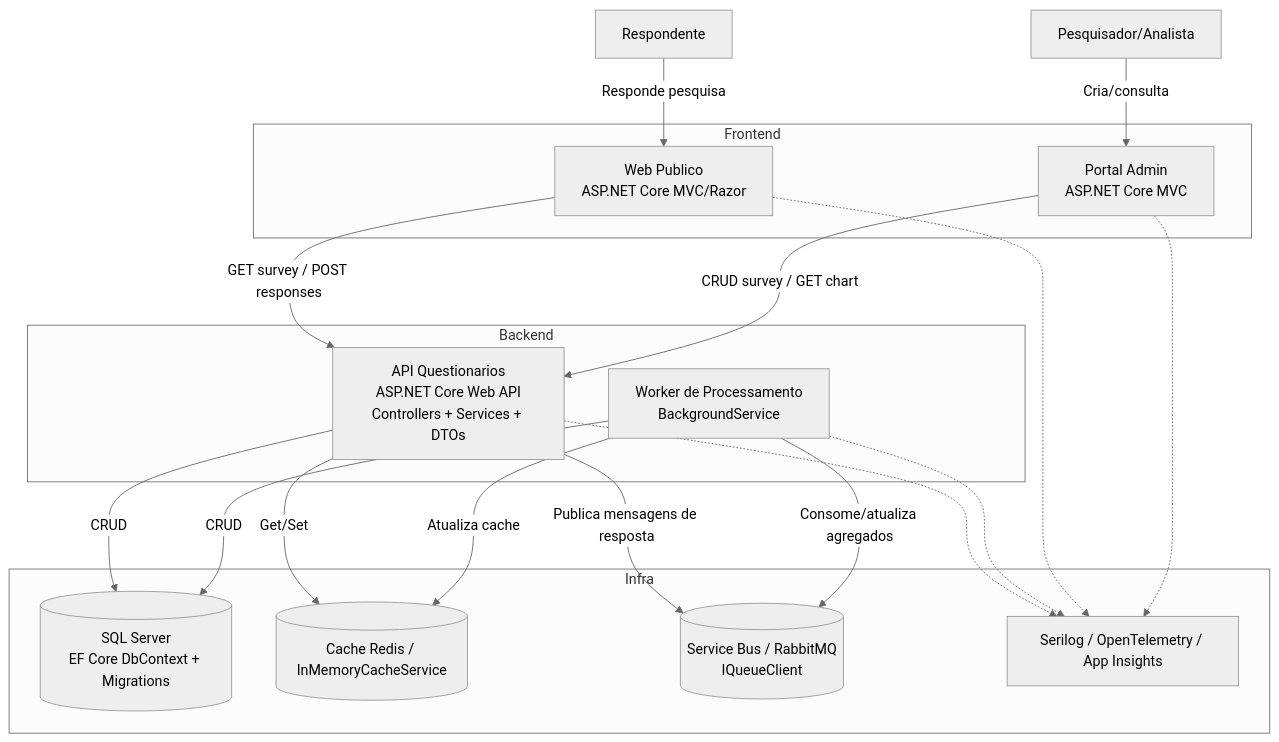
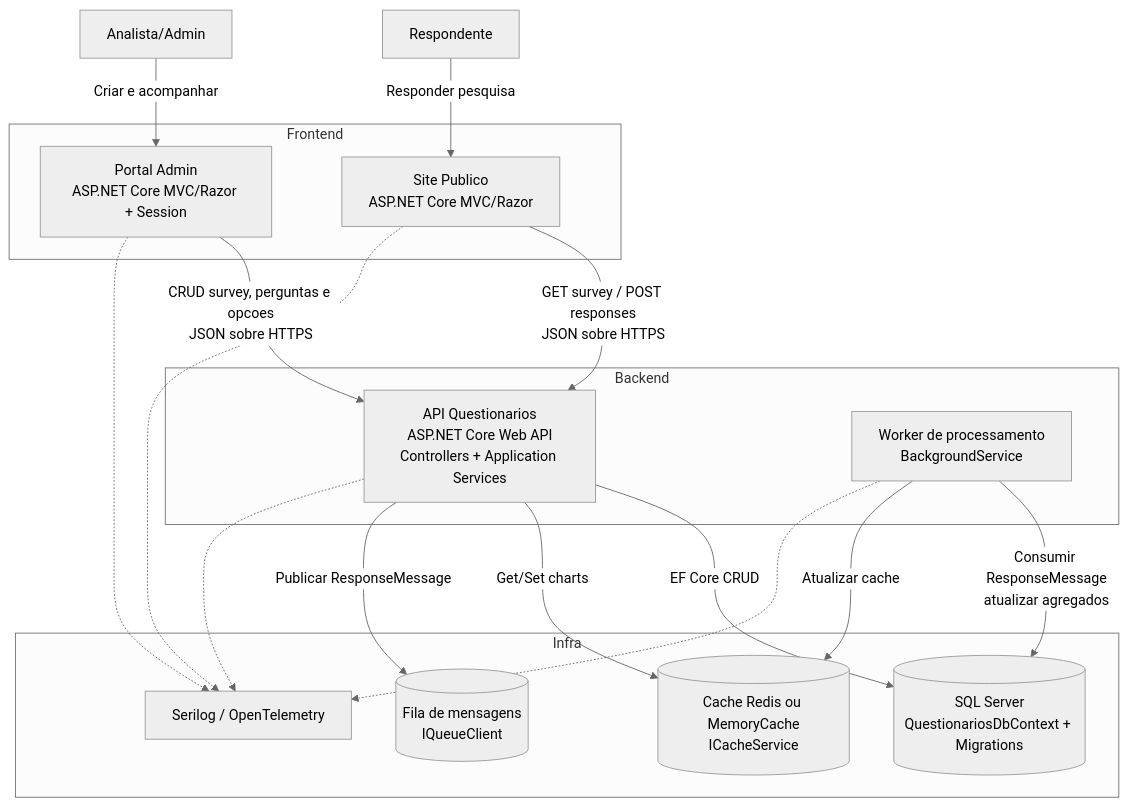
One commit to cleversantoro/QuestionariosOnline changed the second of 6 diagrams in doc/c4.md. Above: the diagram before and after it, drawn with Mermaid (neutral theme). The commit also changed other lines of this file and 11 other files, not shown here.

````diff
--- a/doc/c4.md
+++ b/doc/c4.md
@@ -36,37 +43,37 @@
 ```mermaid
 flowchart TB
     subgraph Frontend
-      web[Web Publico\nASP.NET Core MVC/Razor]
-      admin[Portal Admin\nASP.NET Core MVC]
+      publicSite[Site Publico\nASP.NET Core MVC/Razor]
+      adminPortal[Portal Admin\nASP.NET Core MVC/Razor + Session]
     end
 
     subgraph Backend
-      api[API Questionarios\nASP.NET Core Web API\nControllers + Services + DTOs]
-      worker[Worker de Processamento\nBackgroundService]
+      api[API Questionarios\nASP.NET Core Web API\nControllers + Application Services]
+      worker[Worker de processamento\nBackgroundService]
     end
 
     subgraph Infra
-      db[(SQL Server\nEF Core DbContext + Migrations)]
-      cache[(Cache Redis / InMemoryCacheService)]
-      queue[(Service Bus / RabbitMQ\nIQueueClient)]
-      logs[Serilog / OpenTelemetry / App Insights]
+      sql[(SQL Server\nQuestionariosDbContext + Migrations)]
+      cache[(Cache Redis ou MemoryCache\nICacheService)]
+      queue[(Fila de mensagens\nIQueueClient)]
+      observability[Serilog / OpenTelemetry]
     end
 
-    resp[Respondente] -->|Responde pesquisa| web
-    analista[Pesquisador/Analista] -->|Cria/consulta| admin
+    respondent[Respondente] -->|Responder pesquisa| publicSite
+    analyst[Analista/Admin] -->|Criar e acompanhar| adminPortal
 
-    web -->|GET survey / POST responses| api
-    admin -->|CRUD survey / GET chart| api
+    publicSite -->|GET survey / POST responses\nJSON sobre HTTPS| api
+    adminPortal -->|CRUD survey, perguntas e opcoes\nJSON sobre HTTPS| api
 
-    api -->|CRUD| db
-    api -->|Get/Set| cache
-    api -->|Publica mensagens de resposta| queue
-    worker -->|Consome/atualiza agregados| queue
-    worker -->|CRUD| db
-    worker -->|Atualiza cache| cache
+    api -->|EF Core CRUD| sql
+    api -->|Get/Set charts| cache
+    api -->|Publicar ResponseMessage| queue
 
-    api -.-> logs
-    worker -.-> logs
-    web -.-> logs
-    admin -.-> logs
+    worker -->|Consumir ResponseMessage\natualizar agregados| sql
+    worker -->|Atualizar cache| cache
+
+    api -.-> observability
+    worker -.-> observability
+    publicSite -.-> observability
+    adminPortal -.-> observability
 ```
````
